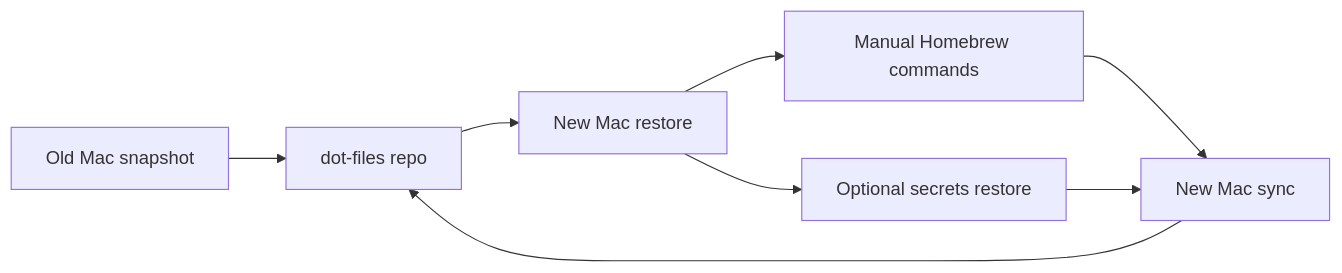
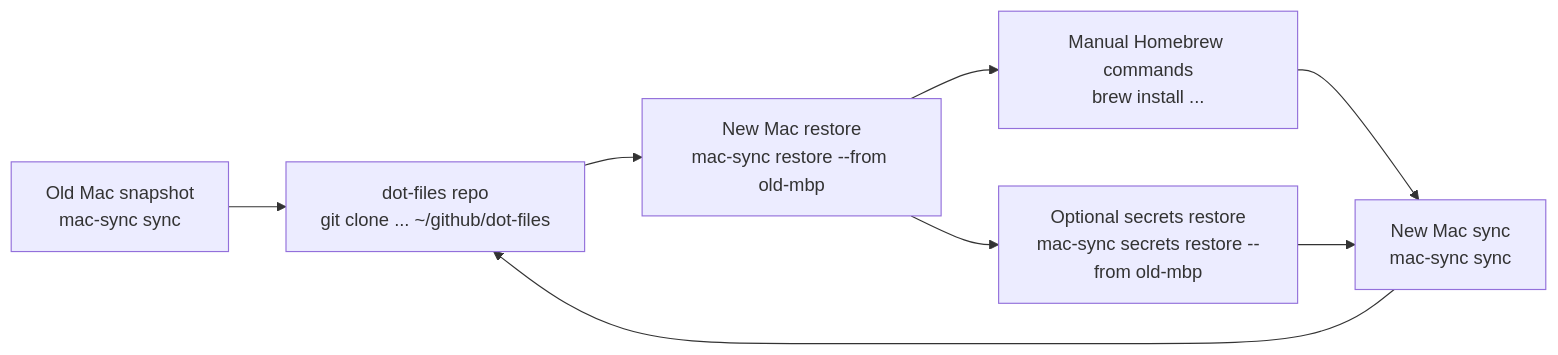
The fourth of 4 diagrams in WORKFLOW.md (stephenlclarke/mac-sync), drawn with Mermaid before and after one commit. The commit also changed other lines of this file, not shown here.

Commit message:
docs: add commands to workflow diagrams

````diff
--- a/WORKFLOW.md
+++ b/WORKFLOW.md
@@ -287,10 +302,10 @@
 ```mermaid
 flowchart LR
-  Old["Old Mac snapshot"] --> Dot["dot-files repo"]
-  Dot --> New["New Mac restore"]
-  New --> Brew["Manual Homebrew commands"]
-  New --> Secrets["Optional secrets restore"]
-  Brew --> Sync["New Mac sync"]
+  Old["Old Mac snapshot<br/>mac-sync sync"] --> Dot["dot-files repo<br/>git clone ... ~/github/dot-files"]
+  Dot --> New["New Mac restore<br/>mac-sync restore --from old-mbp"]
+  New --> Brew["Manual Homebrew commands<br/>brew install ..."]
+  New --> Secrets["Optional secrets restore<br/>mac-sync secrets restore --from old-mbp"]
+  Brew --> Sync["New Mac sync<br/>mac-sync sync"]
   Secrets --> Sync
   Sync --> Dot
 ```
````
